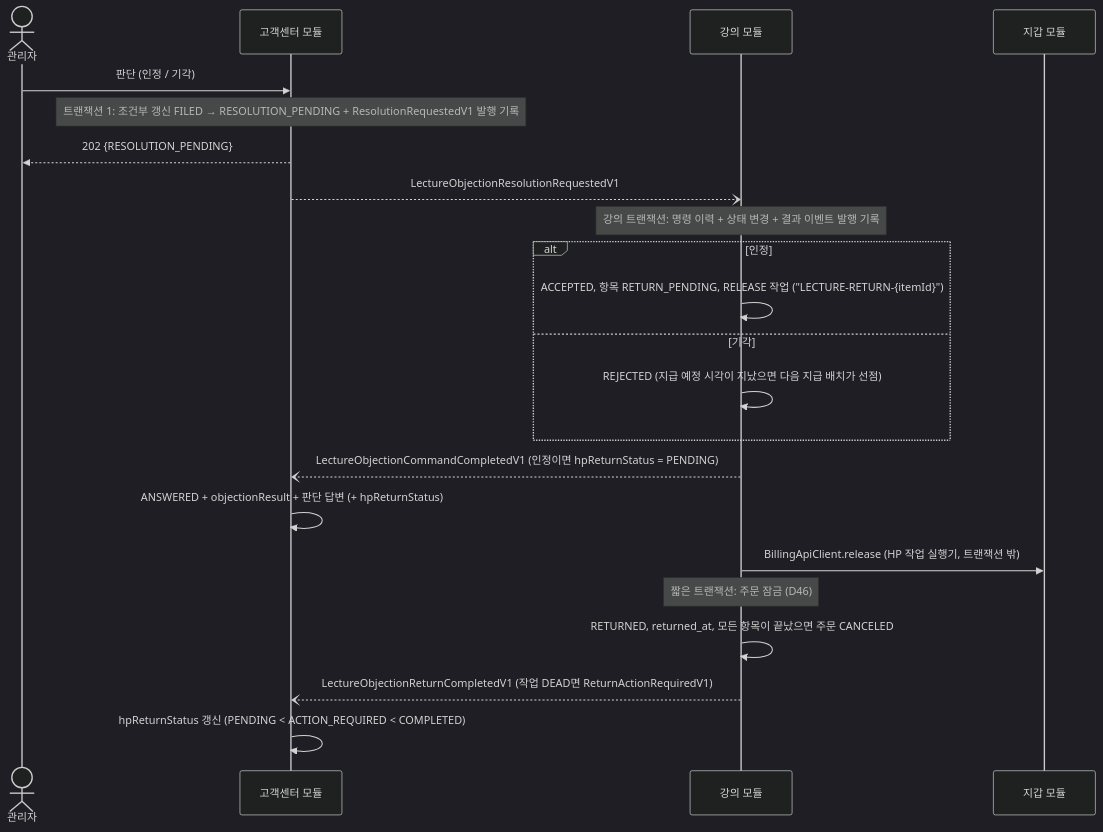
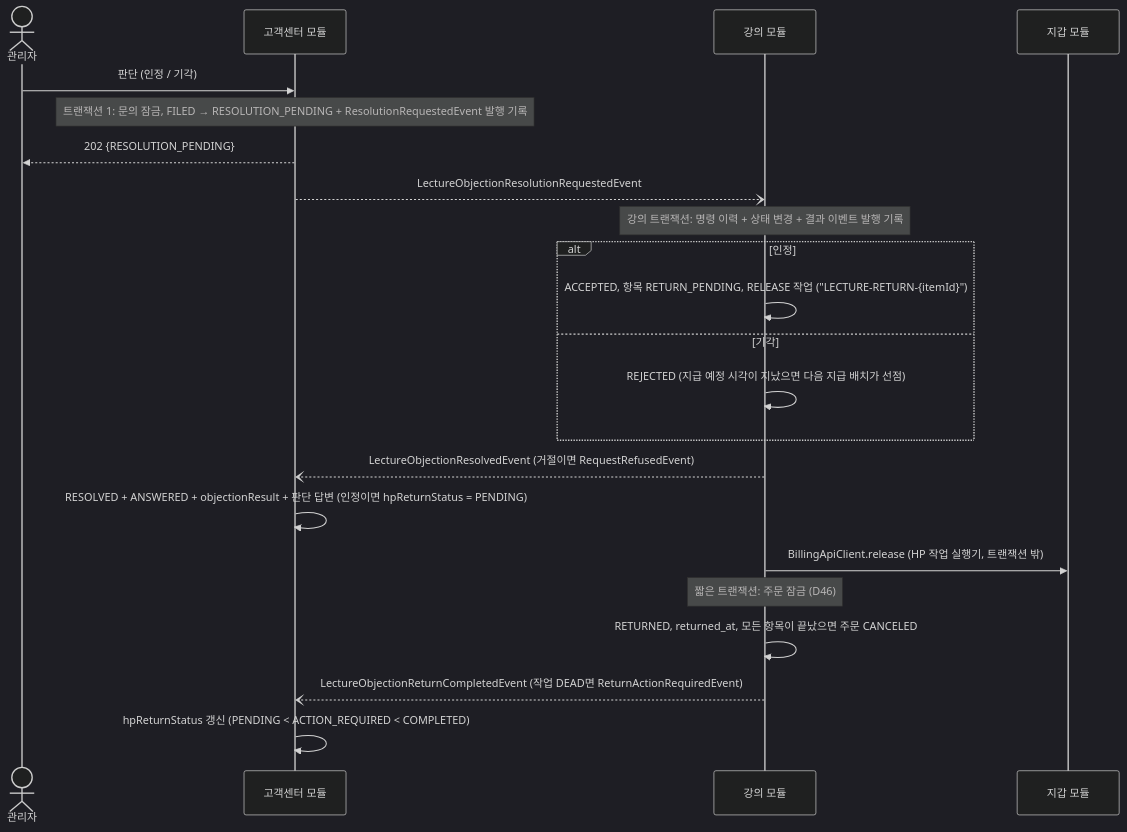
Before and after one commit to prgrms-be-adv-devcourse/beadv8_8_LMS_BE: the fifth of 5 diagrams in docs/lecture/integration.md, drawn with Mermaid (dark theme). The commit also changed other lines of this file and 16 other files, not shown here.

````diff
--- a/docs/lecture/integration.md
+++ b/docs/lecture/integration.md
@@ -324,24 +306,24 @@
 ```mermaid
 sequenceDiagram
     actor A as 관리자
     participant CS as 고객센터 모듈
     participant LEC as 강의 모듈
     participant WAL as 지갑 모듈
     A->>CS: 판단 (인정 / 기각)
-    Note over CS: 트랜잭션 1: 조건부 갱신 FILED → RESOLUTION_PENDING + ResolutionRequestedV1 발행 기록
+    Note over CS: 트랜잭션 1: 문의 잠금, FILED → RESOLUTION_PENDING + ResolutionRequestedEvent 발행 기록
     CS-->>A: 202 {RESOLUTION_PENDING}
-    CS--)LEC: LectureObjectionResolutionRequestedV1
+    CS--)LEC: LectureObjectionResolutionRequestedEvent
     Note over LEC: 강의 트랜잭션: 명령 이력 + 상태 변경 + 결과 이벤트 발행 기록
     alt 인정
         LEC->>LEC: ACCEPTED, 항목 RETURN_PENDING, RELEASE 작업 ("LECTURE-RETURN-{itemId}")
     else 기각
         LEC->>LEC: REJECTED (지급 예정 시각이 지났으면 다음 지급 배치가 선점)
     end
-    LEC--)CS: LectureObjectionCommandCompletedV1 (인정이면 hpReturnStatus = PENDING)
-    CS->>CS: ANSWERED + objectionResult + 판단 답변 (+ hpReturnStatus)
+    LEC--)CS: LectureObjectionResolvedEvent (거절이면 RequestRefusedEvent)
+    CS->>CS: RESOLVED + ANSWERED + objectionResult + 판단 답변 (인정이면 hpReturnStatus = PENDING)
     LEC->>WAL: BillingApiClient.release (HP 작업 실행기, 트랜잭션 밖)
     Note over LEC: 짧은 트랜잭션: 주문 잠금 (D46)
     LEC->>LEC: RETURNED, returned_at, 모든 항목이 끝났으면 주문 CANCELED
-    LEC--)CS: LectureObjectionReturnCompletedV1 (작업 DEAD면 ReturnActionRequiredV1)
+    LEC--)CS: LectureObjectionReturnCompletedEvent (작업 DEAD면 ReturnActionRequiredEvent)
     CS->>CS: hpReturnStatus 갱신 (PENDING < ACTION_REQUIRED < COMPLETED)
 ```
````
